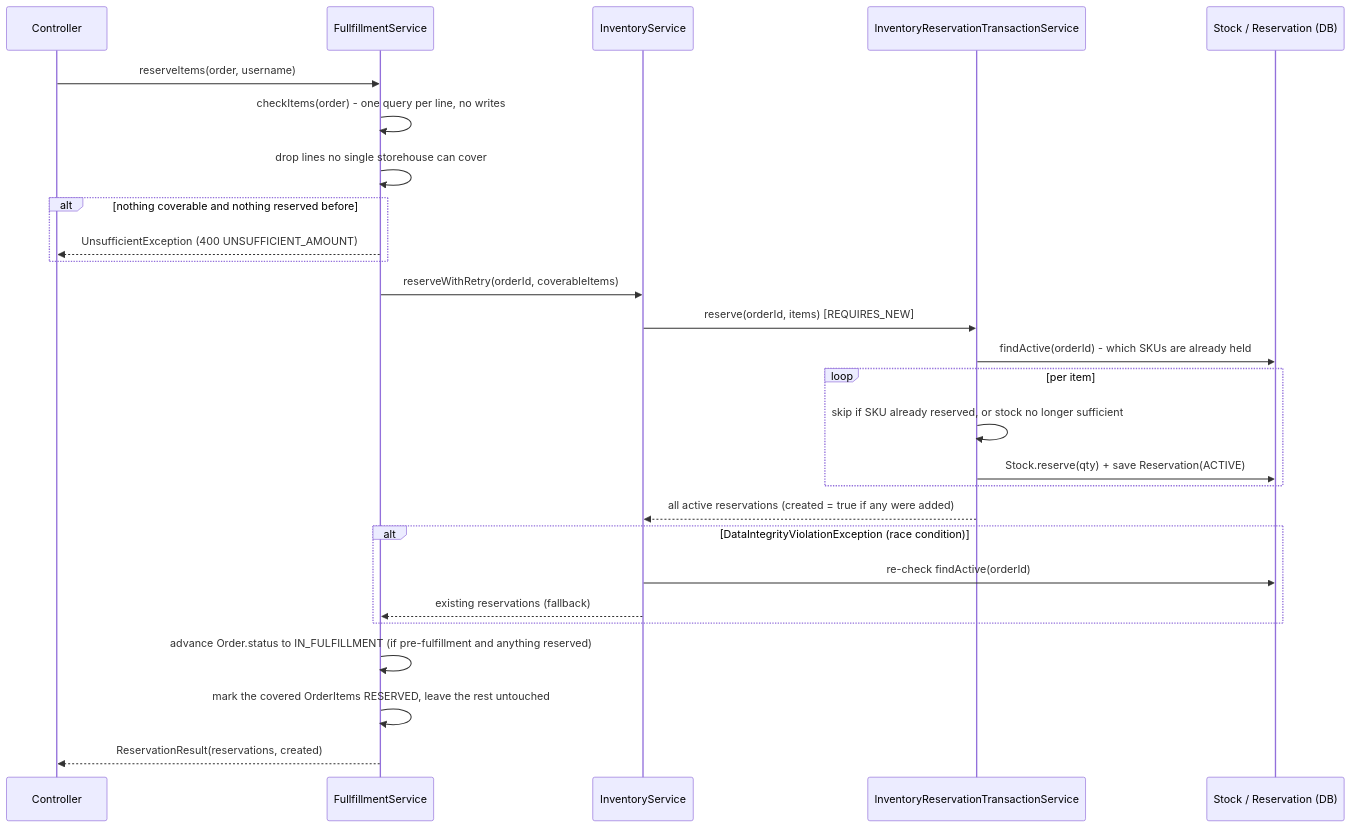
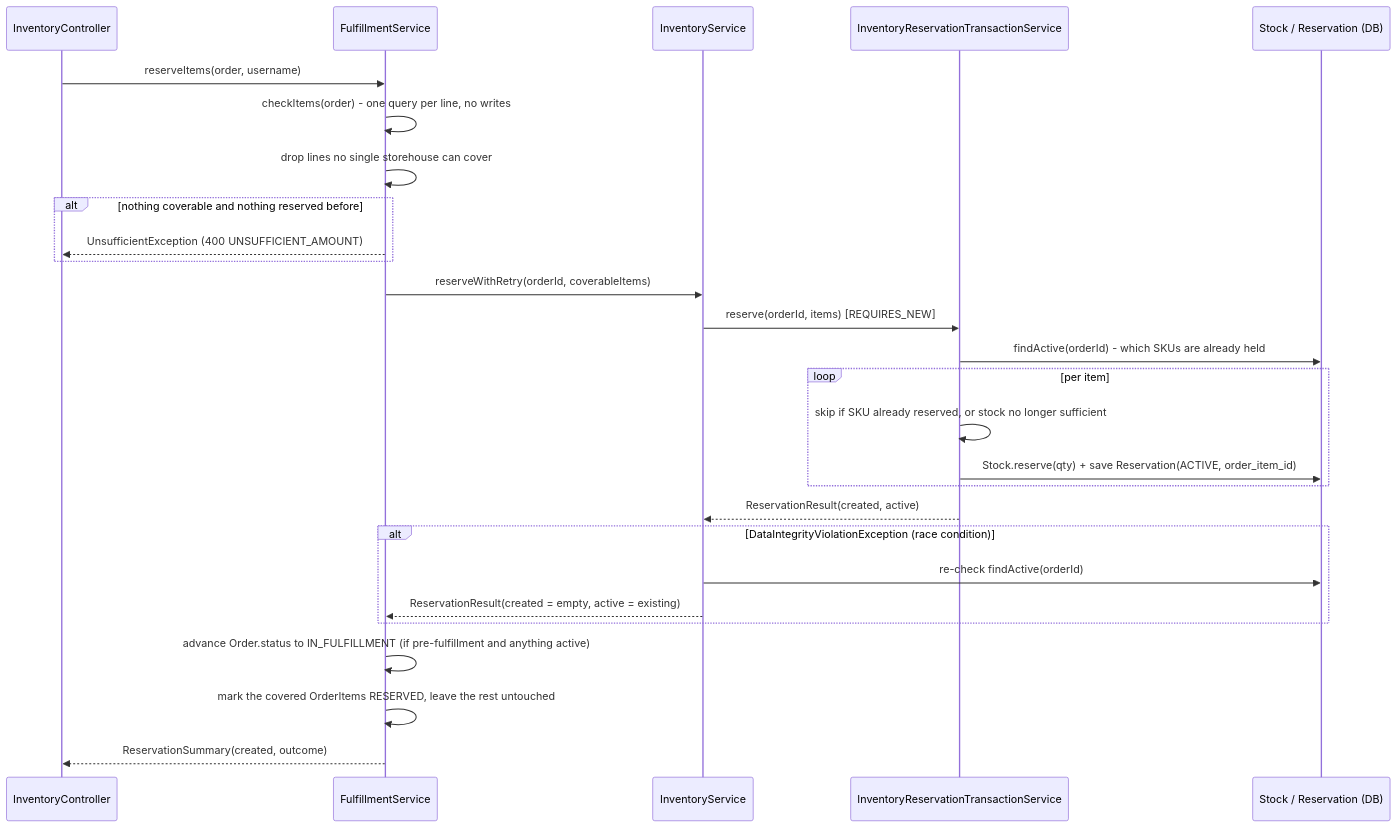
One commit to waldifubu/scm-temporal changed the third of 4 diagrams in README.md. Above: the diagram before and after it, drawn with Mermaid. The commit also changed other lines of this file and 46 other files, not shown here.

````diff
--- a/README.md
+++ b/README.md
@@ -124,30 +137,30 @@
 ```mermaid
 sequenceDiagram
-    participant C as Controller
-    participant FS as FullfillmentService
+    participant C as InventoryController
+    participant FS as FulfillmentService
     participant IS as InventoryService
     participant TX as InventoryReservationTransactionService
     participant DB as Stock / Reservation (DB)
 
     C->>FS: reserveItems(order, username)
     FS->>FS: checkItems(order) - one query per line, no writes
     FS->>FS: drop lines no single storehouse can cover
     alt nothing coverable and nothing reserved before
         FS-->>C: UnsufficientException (400 UNSUFFICIENT_AMOUNT)
     end
     FS->>IS: reserveWithRetry(orderId, coverableItems)
     IS->>TX: reserve(orderId, items) [REQUIRES_NEW]
     TX->>DB: findActive(orderId) - which SKUs are already held
     loop per item
         TX->>TX: skip if SKU already reserved, or stock no longer sufficient
-        TX->>DB: Stock.reserve(qty) + save Reservation(ACTIVE)
+        TX->>DB: Stock.reserve(qty) + save Reservation(ACTIVE, order_item_id)
     end
-    TX-->>IS: all active reservations (created = true if any were added)
+    TX-->>IS: ReservationResult(created, active)
     alt DataIntegrityViolationException (race condition)
         IS->>DB: re-check findActive(orderId)
-        IS-->>FS: existing reservations (fallback)
+        IS-->>FS: ReservationResult(created = empty, active = existing)
     end
-    FS->>FS: advance Order.status to IN_FULFILLMENT (if pre-fulfillment and anything reserved)
+    FS->>FS: advance Order.status to IN_FULFILLMENT (if pre-fulfillment and anything active)
     FS->>FS: mark the covered OrderItems RESERVED, leave the rest untouched
-    FS-->>C: ReservationResult(reservations, created)
+    FS-->>C: ReservationSummary(created, outcome)
 ```
````
